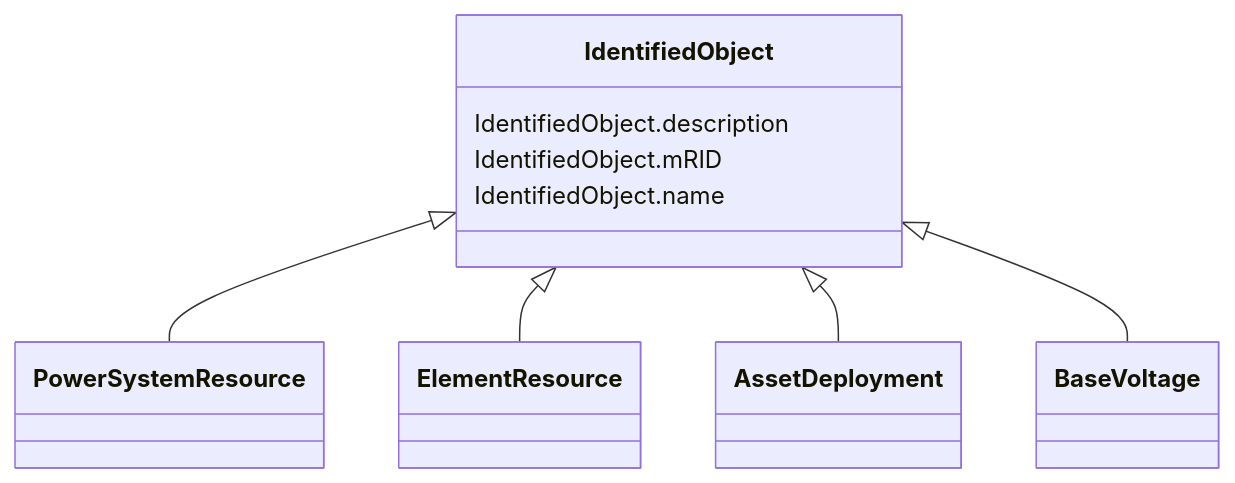
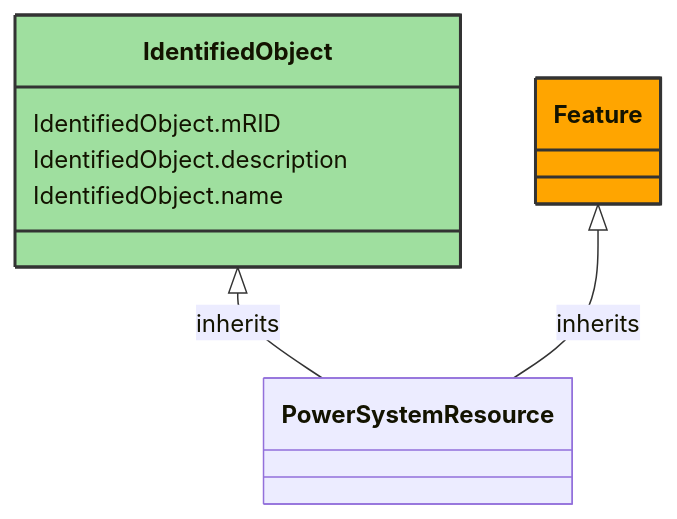
The diagram in docs/AviationObstacle/IdentifiedObject.md (3lbits/NoCIMExtensions), drawn with Mermaid before and after one commit. The commit also changed other lines of this file and 177 other files, not shown here.

````diff
--- a/docs/AviationObstacle/IdentifiedObject.md
+++ b/docs/AviationObstacle/IdentifiedObject.md
@@ -18,21 +10,24 @@
 ```mermaid
- classDiagram
+classDiagram
     class IdentifiedObject
-    click IdentifiedObject href "../IdentifiedObject"
-      IdentifiedObject <|-- PowerSystemResource
-        click PowerSystemResource href "../PowerSystemResource"
-      IdentifiedObject <|-- ElementResource
-        click ElementResource href "../ElementResource"
-      IdentifiedObject <|-- AssetDeployment
-        click AssetDeployment href "../AssetDeployment"
-      IdentifiedObject <|-- BaseVoltage
-        click BaseVoltage href "../BaseVoltage"
-      
-      IdentifiedObject : IdentifiedObject.description
-        
-      IdentifiedObject : IdentifiedObject.mRID
-        
-      IdentifiedObject : IdentifiedObject.name
-        
-      
+    click IdentifiedObject href "/AviationObstacle/IdentifiedObject/"
+    style IdentifiedObject fill:#9fdf9f,stroke:#333,stroke-width:2px,rx:10,ry:10
+
+        IdentifiedObject <|-- PowerSystemResource : inherits
+            click IdentifiedObject href "/AviationObstacle/IdentifiedObject/"
+            style IdentifiedObject rx:10,ry:10
+
+        PowerSystemResource
+            click PowerSystemResource href "/AviationObstacle/PowerSystemResource/"
+            style PowerSystemResource rx:10,ry:10
+
+        Feature <|-- PowerSystemResource : inherits
+            click Feature href "/AviationObstacle/Feature/"
+            style Feature fill:#FFA500,stroke:#333,stroke-width:2px,rx:10,ry:10
+
+
+
+        IdentifiedObject : IdentifiedObject.mRID
+        IdentifiedObject : IdentifiedObject.description
+        IdentifiedObject : IdentifiedObject.name
 ```
````
